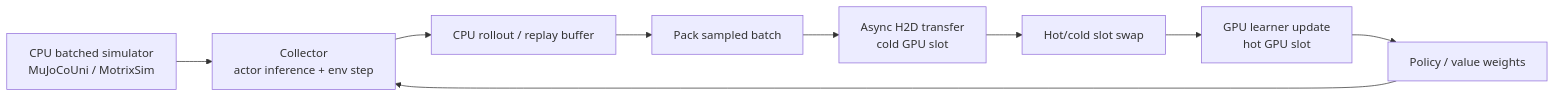
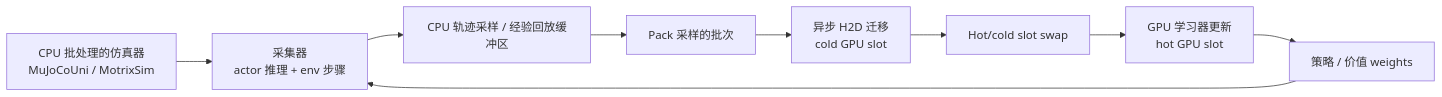
The diagram in wiki/concepts/HeterogeneousRobotRLTraining.md (niuverse/llm-wiki), drawn with Mermaid before and after one commit. The commit also changed other lines of this file and 123 other files, not shown here.

````diff
--- a/wiki/concepts/HeterogeneousRobotRLTraining.md
+++ b/wiki/concepts/HeterogeneousRobotRLTraining.md
@@ -47,11 +47,11 @@
 ```mermaid
 flowchart LR
-  A["CPU batched simulator<br/>MuJoCoUni / MotrixSim"] --> B["Collector<br/>actor inference + env step"]
-  B --> C["CPU rollout / replay buffer"]
-  C --> D["Pack sampled batch"]
-  D --> E["Async H2D transfer<br/>cold GPU slot"]
-  F["GPU learner update<br/>hot GPU slot"] --> G["Policy / value weights"]
+  A["CPU 批处理的仿真器<br/>MuJoCoUni / MotrixSim"] --> B["采集器<br/>actor 推理 + env 步骤"]
+  B --> C["CPU 轨迹采样 / 经验回放缓冲区"]
+  C --> D["Pack 采样的批次"]
+  D --> E["异步 H2D 迁移<br/>cold GPU slot"]
+  F["GPU 学习器更新<br/>hot GPU slot"] --> G["策略 / 价值 weights"]
   G --> B
   E --> H["Hot/cold slot swap"]
   H --> F
 ```
````
